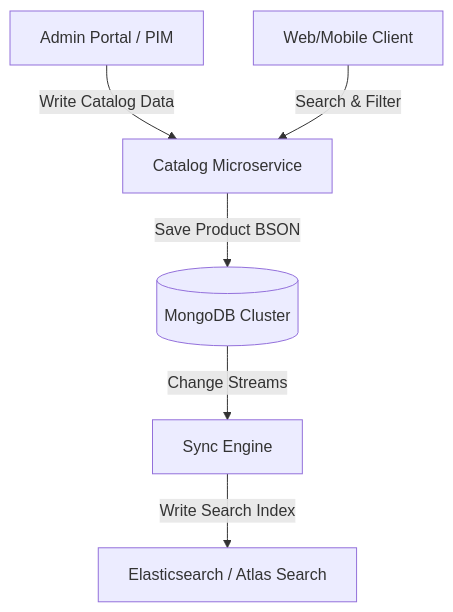
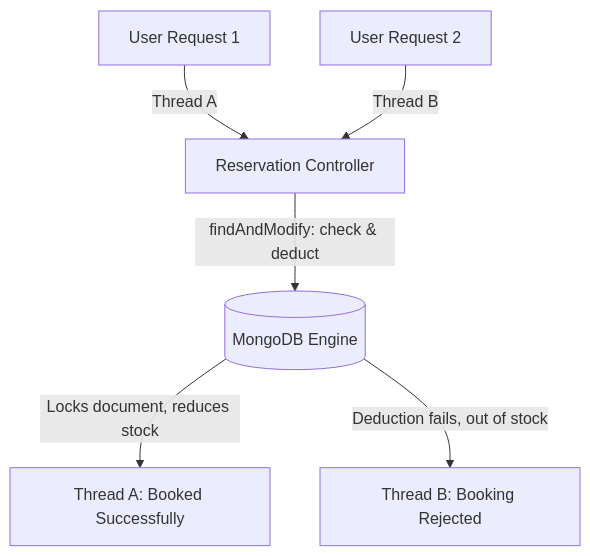
Before and after one commit to BaoTo12/learning-repo: the diagram in courses/spring-mongodb-mastery/modules/16-real-production-architectures.md, drawn with Mermaid. The commit also changed other lines of this file and 598 other files, not shown here.

````diff
--- a/courses/spring-mongodb-mastery/modules/16-real-production-architectures.md
+++ b/courses/spring-mongodb-mastery/modules/16-real-production-architectures.md
@@ -11,8 +26,8 @@
 ```mermaid
 graph TD
-    A[Admin Portal / PIM] -->|Write Catalog Data| B[Catalog Microservice]
-    B -->|Save Product BSON| C[(MongoDB Cluster)]
-    D[Web/Mobile Client] -->|Search & Filter| B
-    C -->|Change Streams| E[Sync Engine]
-    E -->|Write Search Index| F[Elasticsearch / Atlas Search]
+    Req1[User Request 1] -->|Thread A| Controller[Reservation Controller]
+    Req2[User Request 2] -->|Thread B| Controller
+    Controller -->|findAndModify: check & deduct| DB[(MongoDB Engine)]
+    DB -->|Locks document, reduces stock| Success1[Thread A: Booked Successfully]
+    DB -->|Deduction fails, out of stock| Fail2[Thread B: Booking Rejected]
 ```
````
